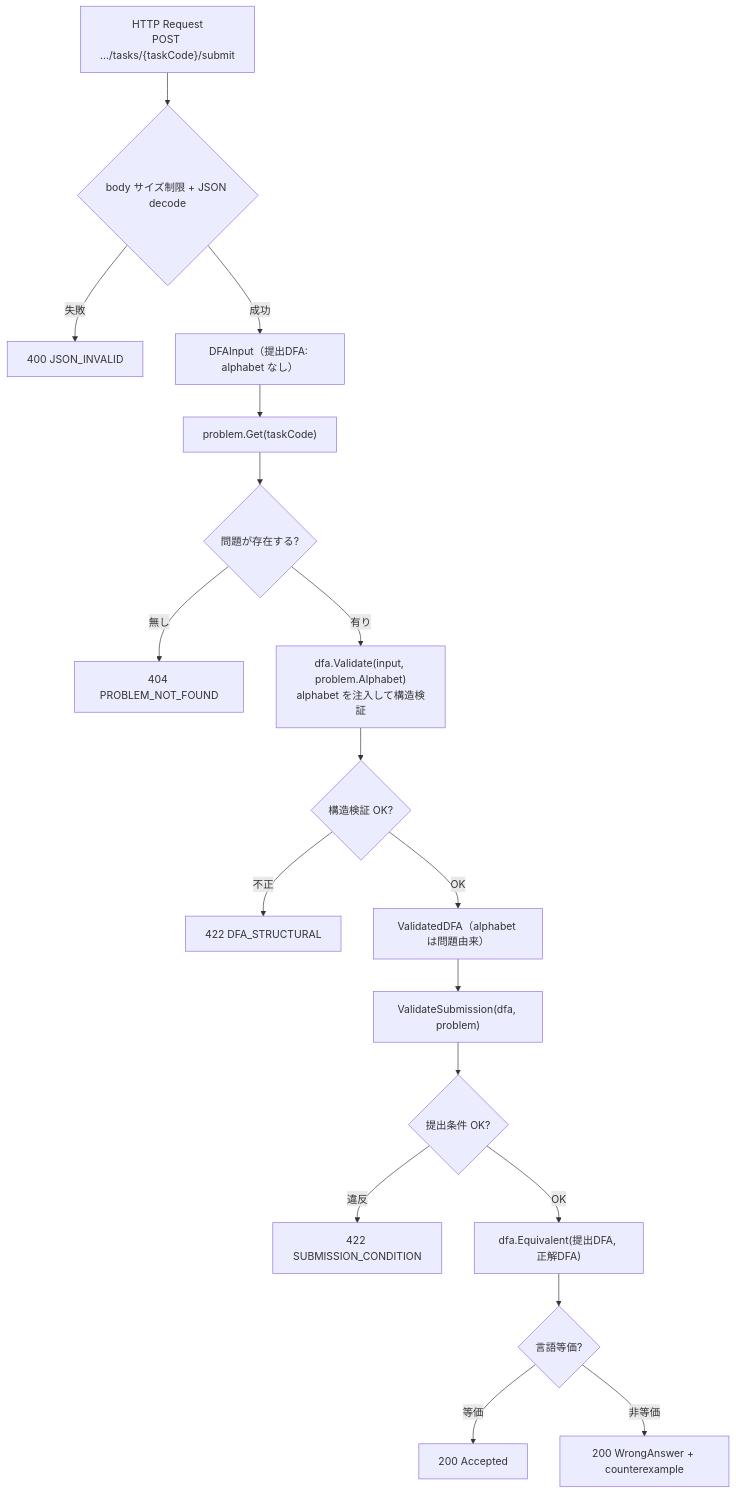
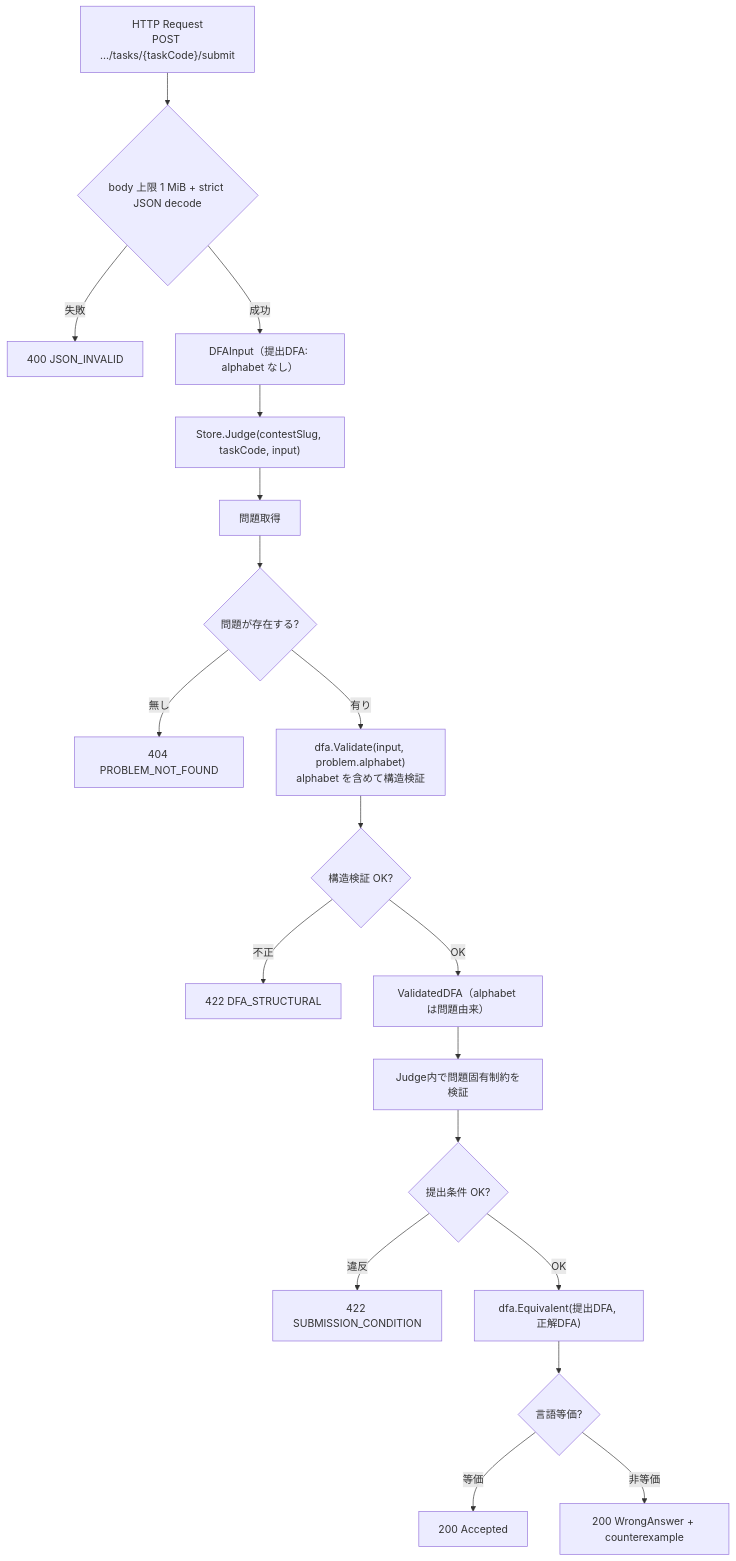
One commit to automaton-games/fa-design-game changed the third of 4 diagrams in docs/reference/system-design.md. Above: the diagram before and after it, drawn with Mermaid. The commit also changed other lines of this file and 5 other files, not shown here.

````diff
--- a/docs/reference/system-design.md
+++ b/docs/reference/system-design.md
@@ -230,21 +239,22 @@
 ```mermaid
 flowchart TD
     Req["HTTP Request<br/>POST .../tasks/{taskCode}/submit"]
-    Req --> Decode{"body サイズ制限 + JSON decode"}
+    Req --> Decode{"body 上限 1 MiB + strict JSON decode"}
     Decode -->|失敗| R400["400 JSON_INVALID"]
     Decode -->|成功| In["DFAInput（提出DFA: alphabet なし）"]
-    In --> Get["problem.Get(taskCode)"]
+    In --> Judge["Store.Judge(contestSlug, taskCode, input)"]
+    Judge --> Get["問題取得"]
     Get --> Exist{"問題が存在する?"}
     Exist -->|無し| R404["404 PROBLEM_NOT_FOUND"]
-    Exist -->|有り| Val["dfa.Validate(input, problem.Alphabet)<br/>alphabet を注入して構造検証"]
+    Exist -->|有り| Val["dfa.Validate(input, problem.alphabet)<br/>alphabet を含めて構造検証"]
     Val --> Struct{"構造検証 OK?"}
     Struct -->|不正| R422s["422 DFA_STRUCTURAL"]
     Struct -->|OK| VD["ValidatedDFA（alphabet は問題由来）"]
-    VD --> Sub["ValidateSubmission(dfa, problem)"]
+    VD --> Sub["Judge内で問題固有制約を検証"]
     Sub --> SubOK{"提出条件 OK?"}
     SubOK -->|違反| R422c["422 SUBMISSION_CONDITION"]
     SubOK -->|OK| Equiv["dfa.Equivalent(提出DFA, 正解DFA)"]
     Equiv --> Eq{"言語等価?"}
     Eq -->|等価| R200a["200 Accepted"]
     Eq -->|非等価| R200w["200 WrongAnswer + counterexample"]
 ```
````
